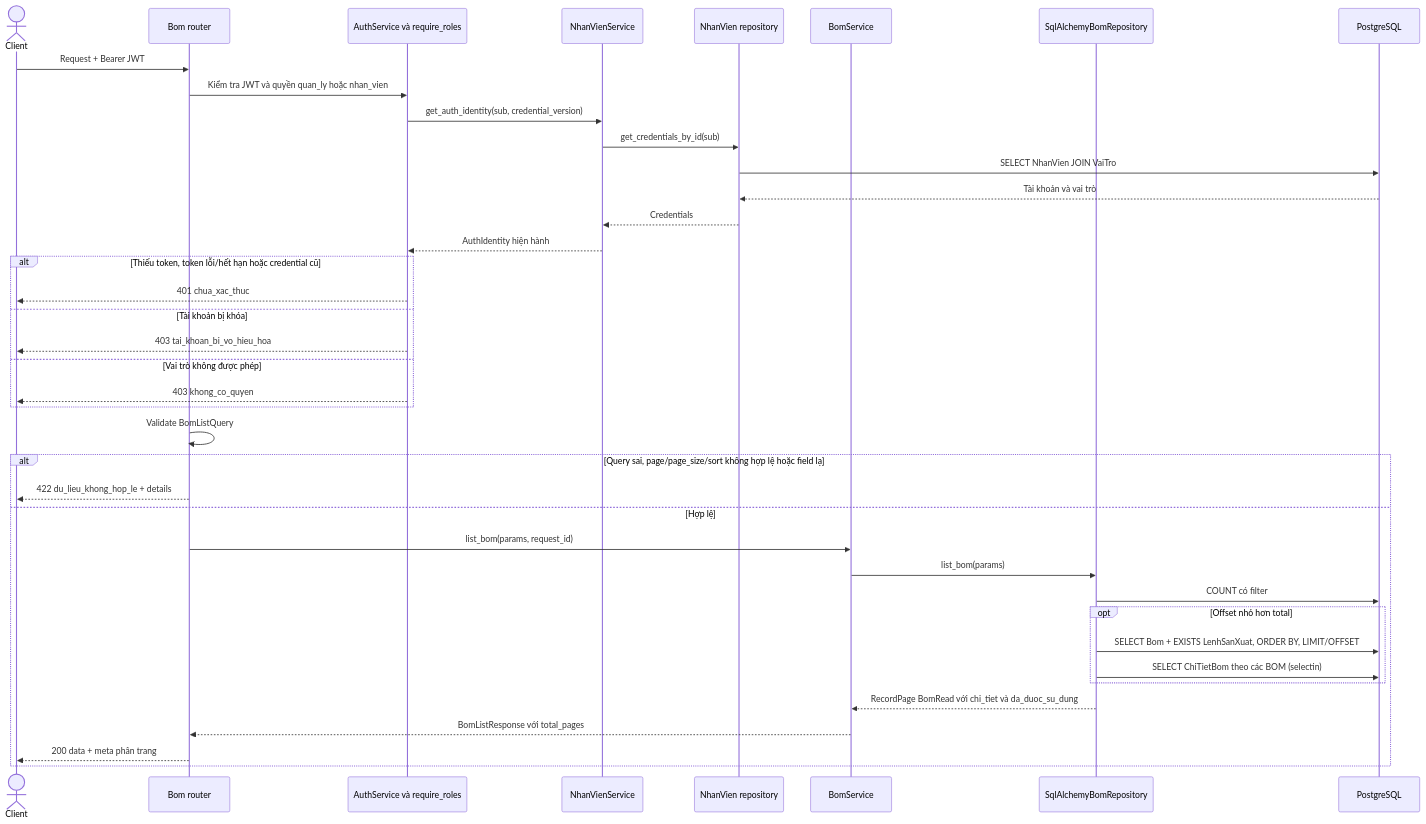
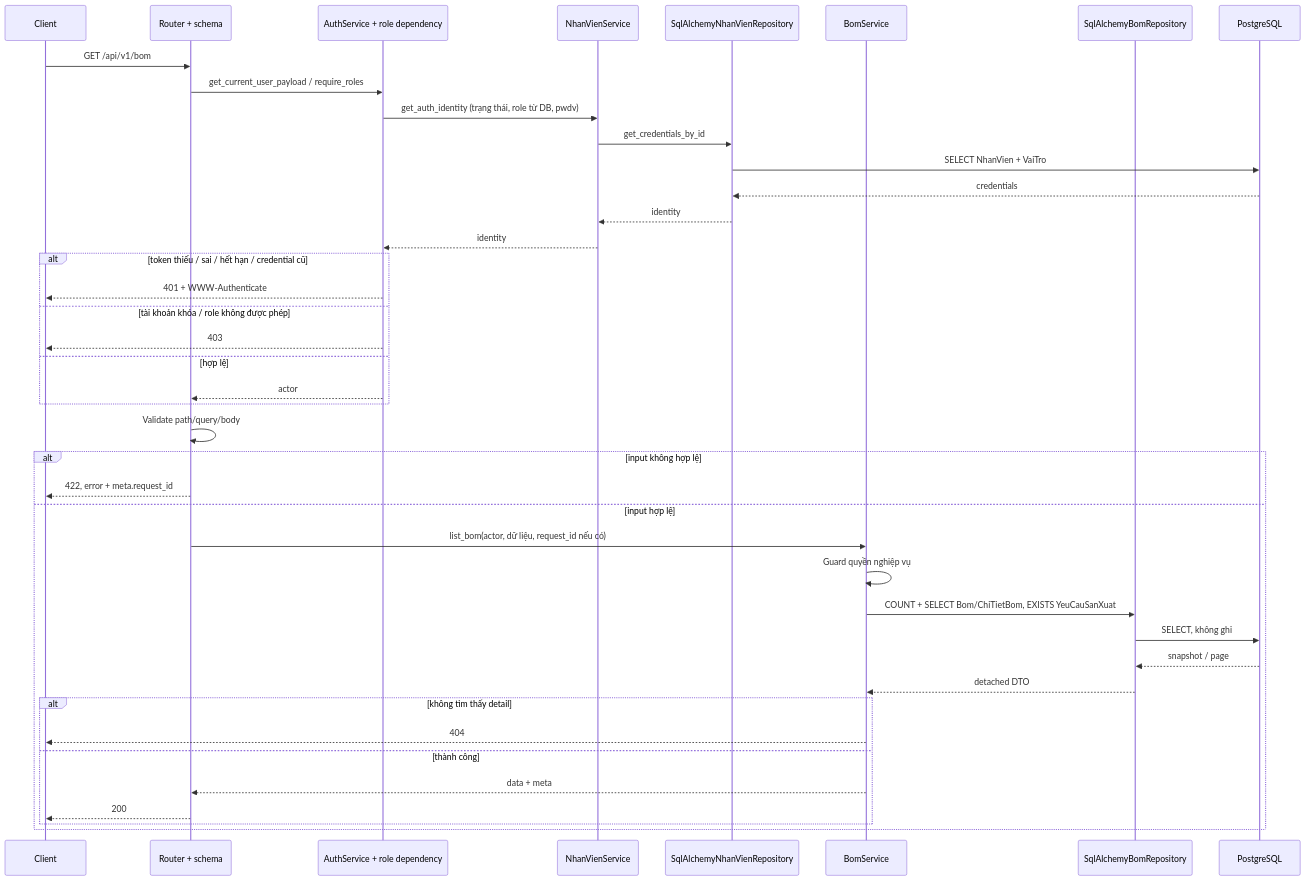
Before and after one commit to thanhklt/xbike-mrp-system: the first of 6 diagrams in docs/sequence/bom.md, drawn with Mermaid. The commit also changed other lines of this file and 41 other files, not shown here.

Commit message:
feat(bom)!: implement UC-15 to UC-19 for data model v4

````diff
--- a/docs/sequence/bom.md
+++ b/docs/sequence/bom.md
@@ -15,41 +15,43 @@
 ```mermaid
 sequenceDiagram
-    actor C as Client
-    participant R as Bom router
-    participant A as AuthService và require_roles
+    participant C as Client
+    participant R as Router + schema
+    participant A as AuthService + role dependency
     participant N as NhanVienService
-    participant NR as NhanVien repository
+    participant NR as SqlAlchemyNhanVienRepository
     participant S as BomService
     participant B as SqlAlchemyBomRepository
-    participant P as PostgreSQL
-    C->>R: Request + Bearer JWT
-    R->>A: Kiểm tra JWT và quyền quan_ly hoặc nhan_vien
-    A->>N: get_auth_identity(sub, credential_version)
-    N->>NR: get_credentials_by_id(sub)
-    NR->>P: SELECT NhanVien JOIN VaiTro
-    P-->>NR: Tài khoản và vai trò
-    NR-->>N: Credentials
-    N-->>A: AuthIdentity hiện hành
-    alt Thiếu token, token lỗi/hết hạn hoặc credential cũ
-        A-->>C: 401 chua_xac_thuc
-    else Tài khoản bị khóa
-        A-->>C: 403 tai_khoan_bi_vo_hieu_hoa
-    else Vai trò không được phép
-        A-->>C: 403 khong_co_quyen
+    participant DB as PostgreSQL
+    C->>R: GET /api/v1/bom
+    R->>A: get_current_user_payload / require_roles
+    A->>N: get_auth_identity (trạng thái, role từ DB, pwdv)
+    N->>NR: get_credentials_by_id
+    NR->>DB: SELECT NhanVien + VaiTro
+    DB-->>NR: credentials
+    NR-->>N: identity
+    N-->>A: identity
+    alt token thiếu / sai / hết hạn / credential cũ
+        A-->>C: 401 + WWW-Authenticate
+    else tài khoản khóa / role không được phép
+        A-->>C: 403
+    else hợp lệ
+        A-->>R: actor
     end
-    R->>R: Validate BomListQuery
-    alt Query sai, page/page_size/sort không hợp lệ hoặc field lạ
-        R-->>C: 422 du_lieu_khong_hop_le + details
-    else Hợp lệ
-        R->>S: list_bom(params, request_id)
-        S->>B: list_bom(params)
-        B->>P: COUNT có filter
-        opt Offset nhỏ hơn total
-            B->>P: SELECT Bom + EXISTS LenhSanXuat, ORDER BY, LIMIT/OFFSET
-            B->>P: SELECT ChiTietBom theo các BOM (selectin)
+    R->>R: Validate path/query/body
+    alt input không hợp lệ
+        R-->>C: 422, error + meta.request_id
+    else input hợp lệ
+        R->>S: list_bom(actor, dữ liệu, request_id nếu có)
+        S->>S: Guard quyền nghiệp vụ
+        S->>B: COUNT + SELECT Bom/ChiTietBom, EXISTS YeuCauSanXuat
+        B->>DB: SELECT, không ghi
+        DB-->>B: snapshot / page
+        B-->>S: detached DTO
+        alt không tìm thấy detail
+            S-->>C: 404
+        else thành công
+            S-->>R: data + meta
+            R-->>C: 200
         end
-        B-->>S: RecordPage BomRead với chi_tiet và da_duoc_su_dung
-        S-->>R: BomListResponse với total_pages
-        R-->>C: 200 data + meta phân trang
     end
 ```
````
